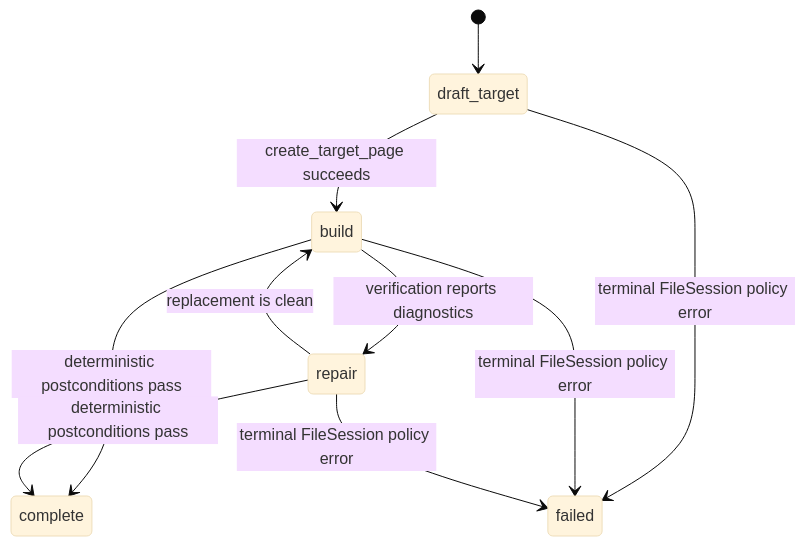
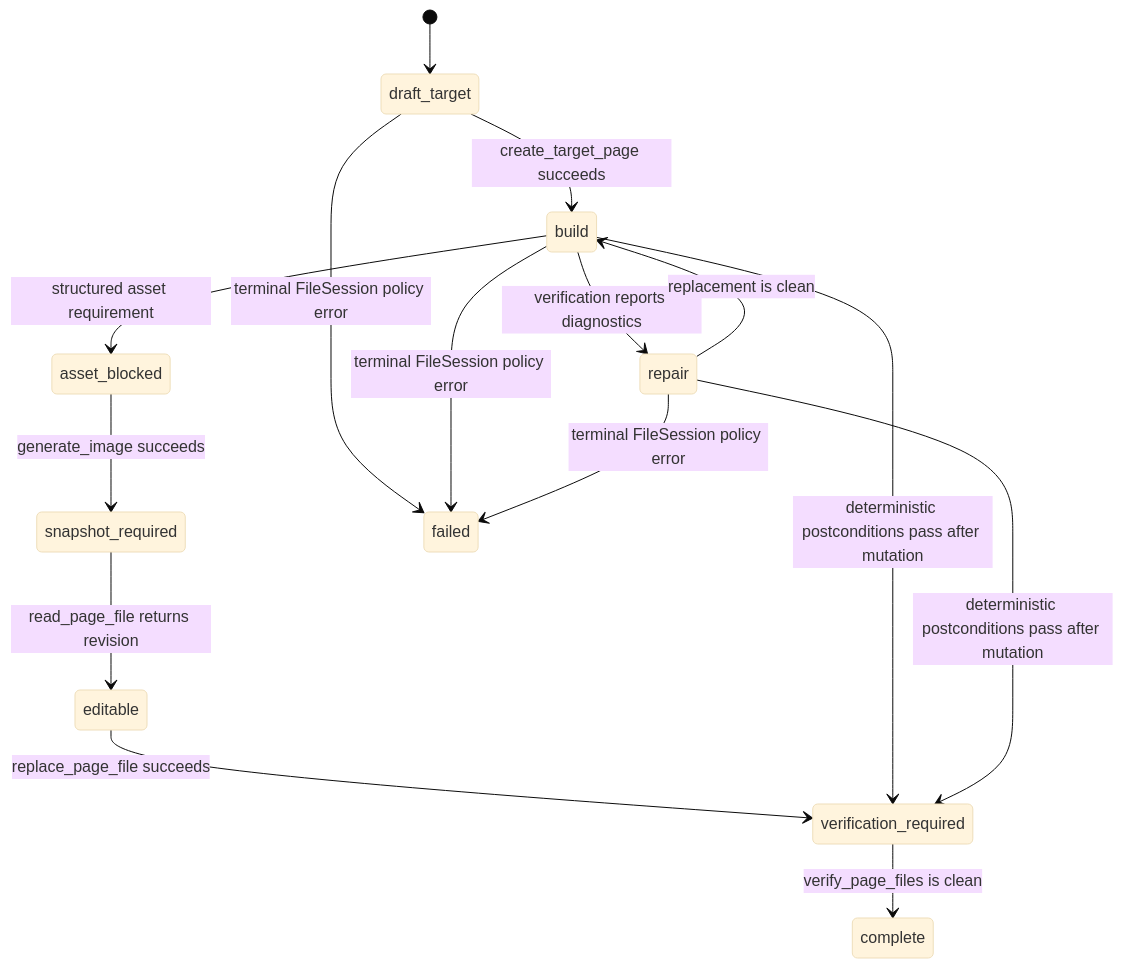
Before and after one commit to wayne-kk/open-ox: the third of 3 diagrams in docs/product/page-build-session-v2-architecture.md, drawn with Mermaid (base theme). The commit also changed other lines of this file and 8 other files, not shown here.

````diff
--- a/docs/product/page-build-session-v2-architecture.md
+++ b/docs/product/page-build-session-v2-architecture.md
@@ -77,12 +81,17 @@
 ```mermaid
 stateDiagram-v2
   [*] --> draft_target
   draft_target --> build: create_target_page succeeds
+  build --> asset_blocked: structured asset requirement
+  asset_blocked --> snapshot_required: generate_image succeeds
+  snapshot_required --> editable: read_page_file returns revision
+  editable --> verification_required: replace_page_file succeeds
+  verification_required --> complete: verify_page_files is clean
   build --> repair: verification reports diagnostics
   repair --> build: replacement is clean
-  build --> complete: deterministic postconditions pass
-  repair --> complete: deterministic postconditions pass
+  build --> verification_required: deterministic postconditions pass after mutation
+  repair --> verification_required: deterministic postconditions pass after mutation
   draft_target --> failed: terminal FileSession policy error
   build --> failed: terminal FileSession policy error
   repair --> failed: terminal FileSession policy error
 ```
````
